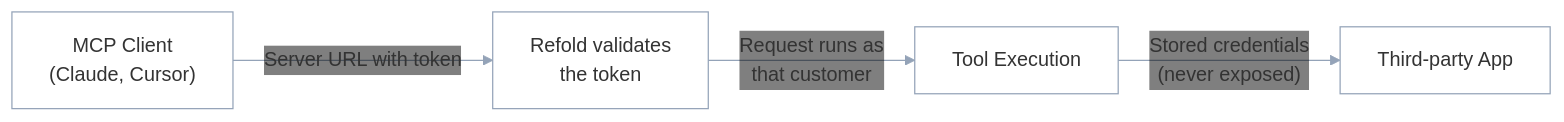
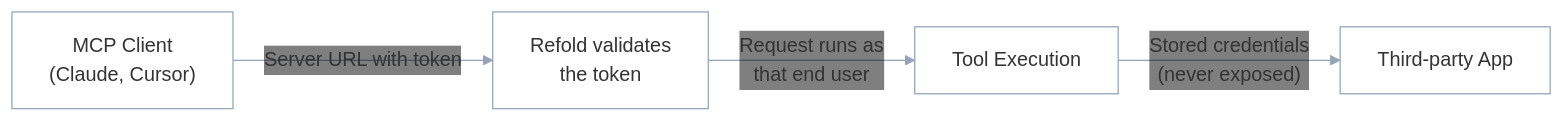
Before and after one commit to gocobalt/mintlify-docs: the diagram in v3/mcp/connect/authentication.mdx, drawn with Mermaid. The commit also changed other lines of this file and 12 other files, not shown here.

````diff
--- a/v3/mcp/connect/authentication.mdx
+++ b/v3/mcp/connect/authentication.mdx
@@ -18,7 +18,7 @@
 ```mermaid
 %%{init: {'theme':'base','themeVariables':{'primaryColor':'transparent','secondaryColor':'transparent','tertiaryColor':'transparent','mainBkg':'transparent','clusterBkg':'transparent','edgeLabelBackground':'transparent','primaryBorderColor':'#94a3b8','clusterBorder':'#94a3b8','lineColor':'#94a3b8','actorBkg':'transparent','actorBorder':'#94a3b8','signalColor':'#94a3b8','noteBkgColor':'transparent','noteBorderColor':'#94a3b8'}}}%%
 flowchart LR
     A["MCP Client<br/>(Claude, Cursor)"] -->|"Server URL with token"| B["Refold validates<br/>the token"]
-    B -->|"Request runs as<br/>that customer"| C["Tool Execution"]
+    B -->|"Request runs as<br/>that end user"| C["Tool Execution"]
     C -->|"Stored credentials<br/>(never exposed)"| D["Third-party App"]
 ```
````
